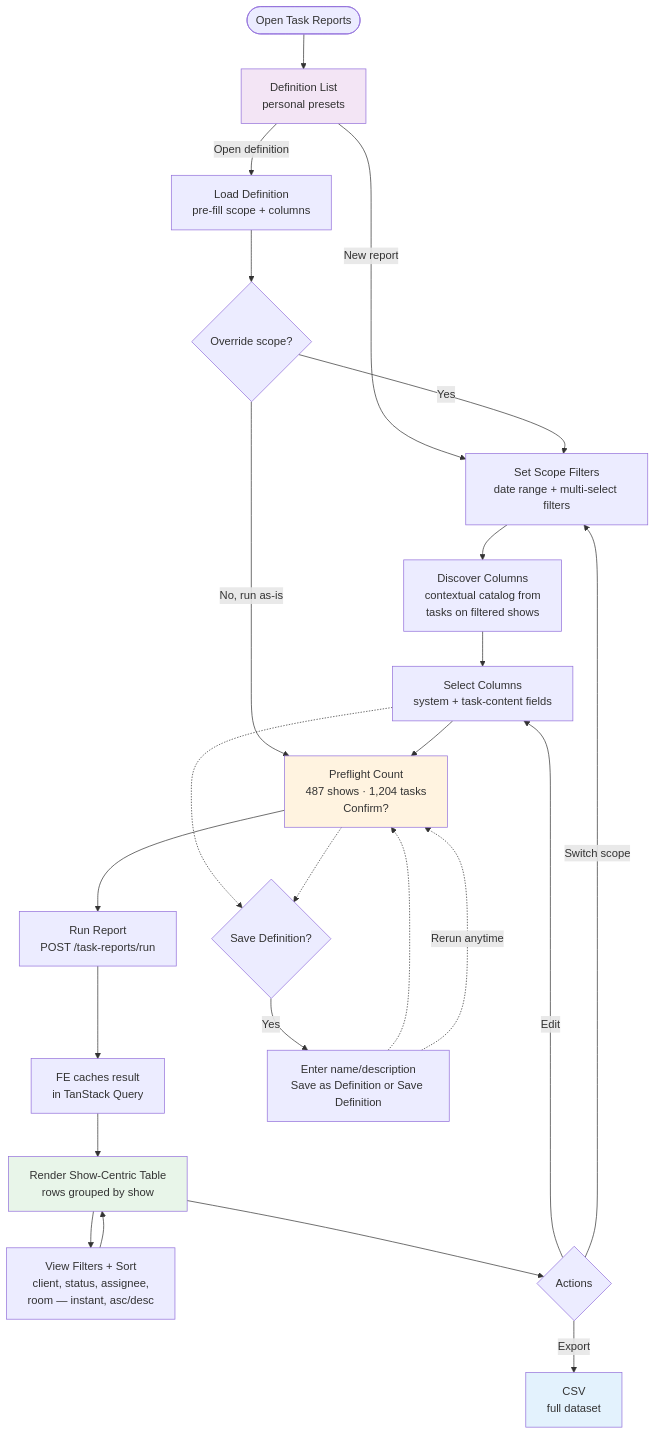
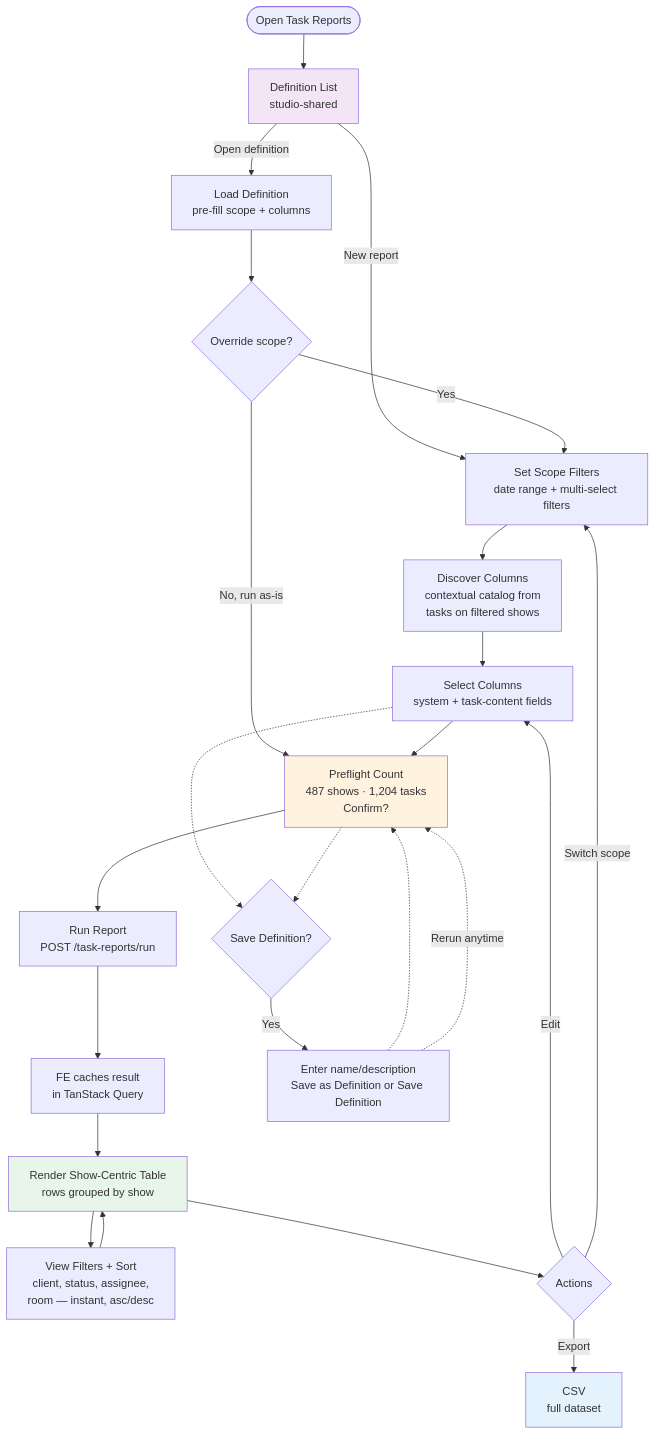
Before and after one commit to allenlin90/eridu-services: the first of 6 diagrams in apps/erify_studios/docs/design/TASK_SUBMISSION_REPORTING_DESIGN.md, drawn with Mermaid. The commit also changed other lines of this file and 16 other files, not shown here.

First line of the commit message:
fix(task-reports): design review fixes — shared defs, preflight GET, reserved keys

````diff
--- a/apps/erify_studios/docs/design/TASK_SUBMISSION_REPORTING_DESIGN.md
+++ b/apps/erify_studios/docs/design/TASK_SUBMISSION_REPORTING_DESIGN.md
@@ -59,34 +59,34 @@
 ```mermaid
 flowchart TD
-    START([Open Task Reports]) --> LANDING[Definition List<br/>personal presets]
+    START([Open Task Reports]) --> LANDING[Definition List<br/>studio-shared]
     LANDING -->|New report| FILTER[Set Scope Filters<br/>date range + multi-select filters]
     LANDING -->|Open definition| LOAD[Load Definition<br/>pre-fill scope + columns]
     LOAD --> PREFILLED{Override scope?}
     PREFILLED -->|Yes| FILTER
     PREFILLED -->|No, run as-is| PRE
 
     FILTER --> DISCOVER[Discover Columns<br/>contextual catalog from<br/>tasks on filtered shows]
     DISCOVER --> COLUMNS[Select Columns<br/>system + task-content fields]
     COLUMNS --> PRE[Preflight Count<br/>487 shows · 1,204 tasks<br/>Confirm?]
     PRE --> RUN[Run Report<br/>POST /task-reports/run]
     RUN --> RESULT[FE caches result<br/>in TanStack Query]
     COLUMNS -.-> SAVE{Save Definition?}
     PRE -.-> SAVE
     SAVE -->|Yes| DEF[Enter name/description<br/>Save as Definition or Save Definition]
     DEF -.-> PRE
     RESULT --> TABLE[Render Show-Centric Table<br/>rows grouped by show]
 
     TABLE --> VIEW[View Filters + Sort<br/>client, status, assignee,<br/>room — instant, asc/desc]
     VIEW --> TABLE
 
     TABLE --> ACTIONS{Actions}
     ACTIONS -->|Export| EXPORT[CSV<br/>full dataset]
     ACTIONS -->|Edit| COLUMNS
     ACTIONS -->|Switch scope| FILTER
     DEF -.->|Rerun anytime| PRE
 
     style TABLE fill:#e8f5e9
     style EXPORT fill:#e3f2fd
     style LANDING fill:#f3e5f5
     style PRE fill:#fff3e0
 ```
````
